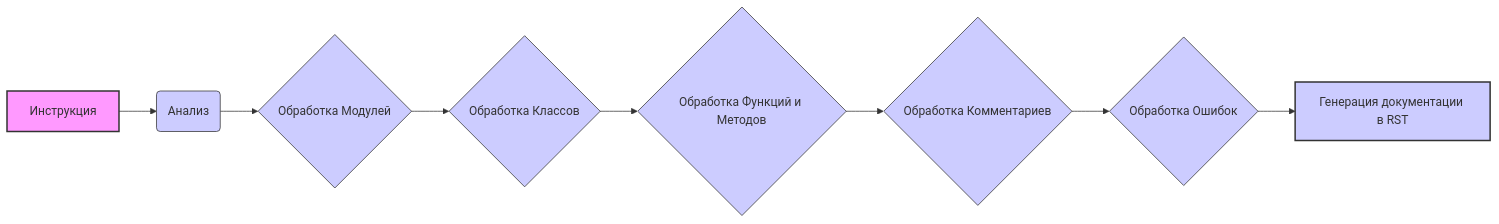
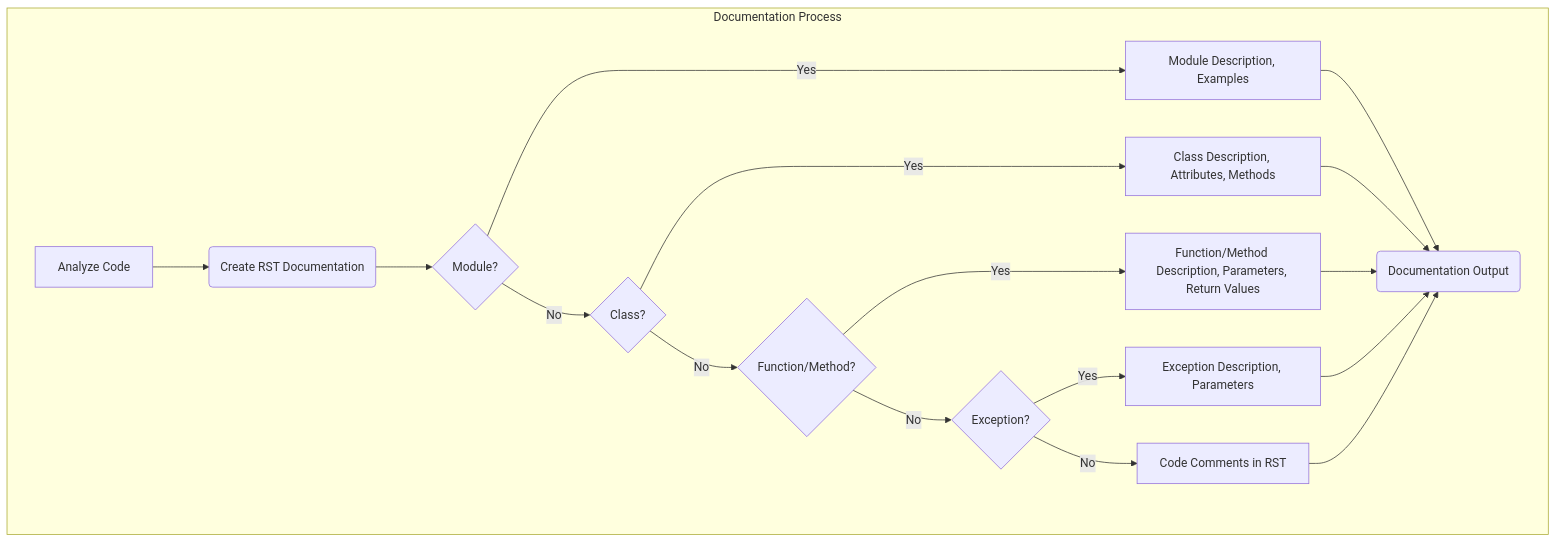
The second of 2 diagrams in docs/gemini/ru/explainer/src/ai/prompts/developer/doc_writer_rst_he.md.md (hypo69/hypo), drawn with Mermaid before and after one commit. The commit also changed other lines of this file and 2445 other files, not shown here.

Commit message:
Code formatted to rst

````diff
--- a/docs/gemini/ru/explainer/src/ai/prompts/developer/doc_writer_rst_he.md.md
+++ b/docs/gemini/ru/explainer/src/ai/prompts/developer/doc_writer_rst_he.md.md
@@ -35,16 +175,20 @@
 ```mermaid
-graph LR
-    A[Инструкция] --> B(Анализ);
-    B --> C{Обработка Модулей};
-    C --> D{Обработка Классов};
-    D --> E{Обработка Функций и Методов};
-    E --> F{Обработка Комментариев};
-    F --> G{Обработка Ошибок};
-    G --> H[Генерация документации в RST];
-    
-    style A fill:#f9f,stroke:#333,stroke-width:2px
-    style H fill:#ccf,stroke:#333,stroke-width:2px
-
-    classDef common fill:#ccf,stroke:#333,stroke-width:1px;
-    class B,C,D,E,F,G common;
+flowchart TD
+    subgraph Documentation Process
+        A[Analyze Code] --> B(Create RST Documentation);
+        B --> C{Module?};
+        C -- Yes --> D[Module Description, Examples];
+        C -- No --> E{Class?};
+         E -- Yes --> F[Class Description, Attributes, Methods];
+        E -- No --> G{Function/Method?};
+        G -- Yes --> H[Function/Method Description, Parameters, Return Values];
+        G -- No --> I{Exception?};
+         I -- Yes --> J[Exception Description, Parameters];
+         I -- No --> K[Code Comments in RST];
+        D --> L(Documentation Output);
+        F --> L;
+        H --> L;
+        J --> L;
+        K --> L;
+    end
 ```
````
